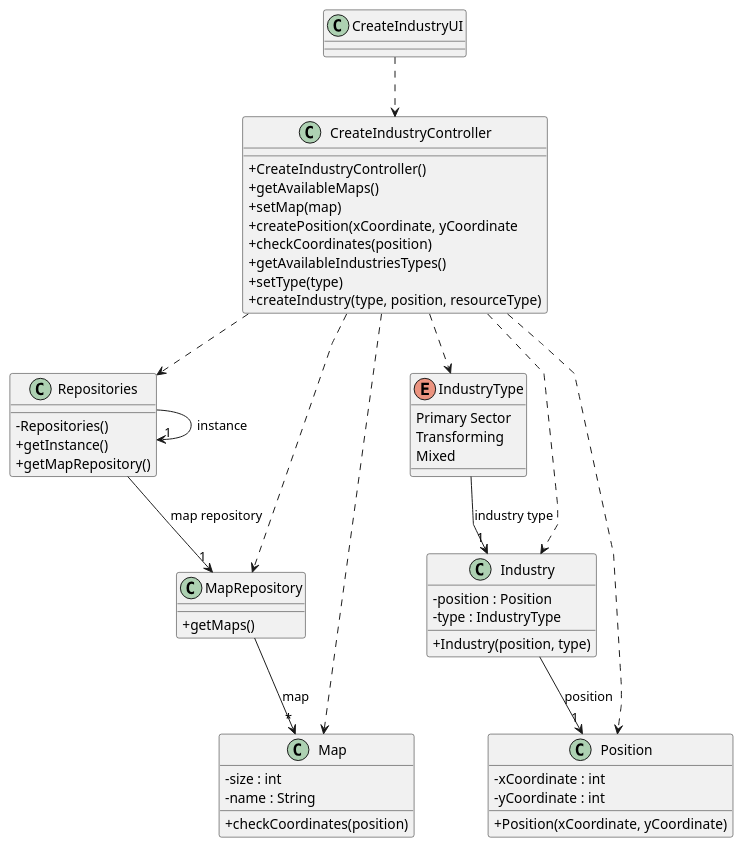
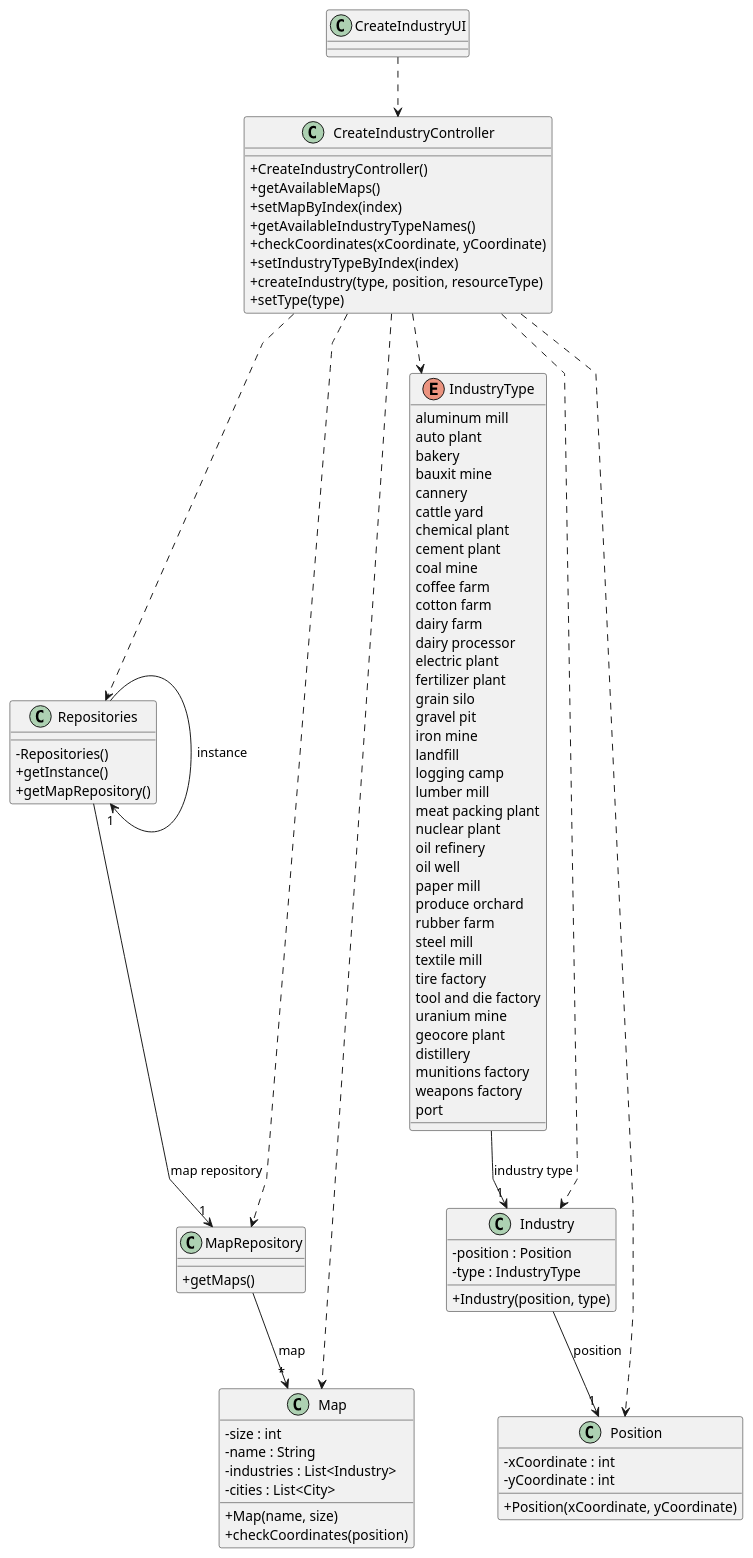
Before and after one commit to 1240935/pi2-railway-simulator: the diagram in Sprint2/US002/03.design/puml/US002-CD.puml, drawn with PlantUML. The commit also changed 20 other files, not shown here.

```diff
--- a/Sprint2/US002/03.design/puml/US002-CD.puml
+++ b/Sprint2/US002/03.design/puml/US002-CD.puml
@@ -1,76 +1,113 @@
 @startuml
 'skinparam monochrome true
 skinparam packageStyle rectangle
 skinparam shadowing false
 skinparam linetype polyline
 'skinparam linetype orto
 
 skinparam classAttributeIconSize 0
 
 'left to right direction
 
   class CreateIndustryUI{
   }
 
   class CreateIndustryController {
     +CreateIndustryController()
     +getAvailableMaps()
-    +setMap(map)
-    +createPosition(xCoordinate, yCoordinate
-    +checkCoordinates(position)
-    +getAvailableIndustriesTypes()
+    +setMapByIndex(index)
+    +getAvailableIndustryTypeNames()
+    +checkCoordinates(xCoordinate, yCoordinate)
+    +setIndustryTypeByIndex(index)
+    +createIndustry(type, position, resourceType)
     +setType(type)
-    +createIndustry(type, position, resourceType)
   }
 
 
   class Repositories {
       - Repositories()
       + getInstance()
       + getMapRepository()
   }
   class MapRepository {
     +getMaps()
   }
 
   class Industry {
     -position : Position
     -type : IndustryType
     +Industry(position, type)
   }
-
   class Map {
     - size : int
     - name : String
+    - industries : List<Industry>
+    - cities : List<City>
+    + Map(name, size)
     +checkCoordinates(position)
-  }
+    }
 
   class Position {
     -xCoordinate : int
     -yCoordinate : int
     +Position(xCoordinate, yCoordinate)
   }
 
   enum IndustryType{
-    Primary Sector
-    Transforming
-    Mixed
+    aluminum mill
+    auto plant
+    bakery
+    bauxit mine
+    cannery
+    cattle yard
+    chemical plant
+    cement plant
+    coal mine
+    coffee farm
+    cotton farm
+    dairy farm
+    dairy processor
+    electric plant
+    fertilizer plant
+    grain silo
+    gravel pit
+    iron mine
+    landfill
+    logging camp
+    lumber mill
+    meat packing plant
+    nuclear plant
+    oil refinery
+    oil well
+    paper mill
+    produce orchard
+    rubber farm
+    steel mill
+    textile mill
+    tire factory
+    tool and die factory
+    uranium mine
+    geocore plant
+    distillery
+    munitions factory
+    weapons factory
+    port
   }
 
 
 
 
 CreateIndustryUI ..> CreateIndustryController
 CreateIndustryController ..>  Repositories
 CreateIndustryController ..>  MapRepository
 CreateIndustryController ..>  Map
 CreateIndustryController ..> Position
 CreateIndustryController ..> IndustryType
 CreateIndustryController ..> Industry
 Repositories --> "1" MapRepository : map repository
 Repositories -> "1" Repositories : instance
 MapRepository --> "*" Map : map
 Industry --> "1" Position : position
 IndustryType --> "1" Industry : industry type
 
 @enduml
```
